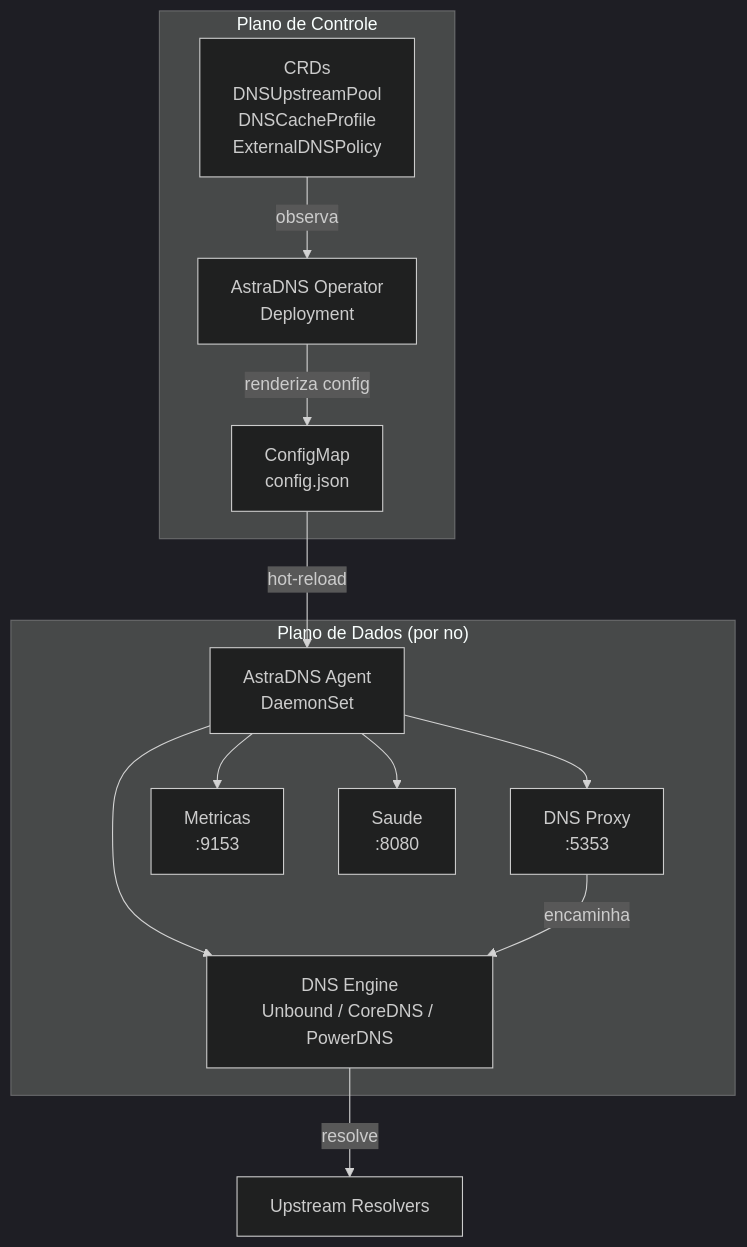
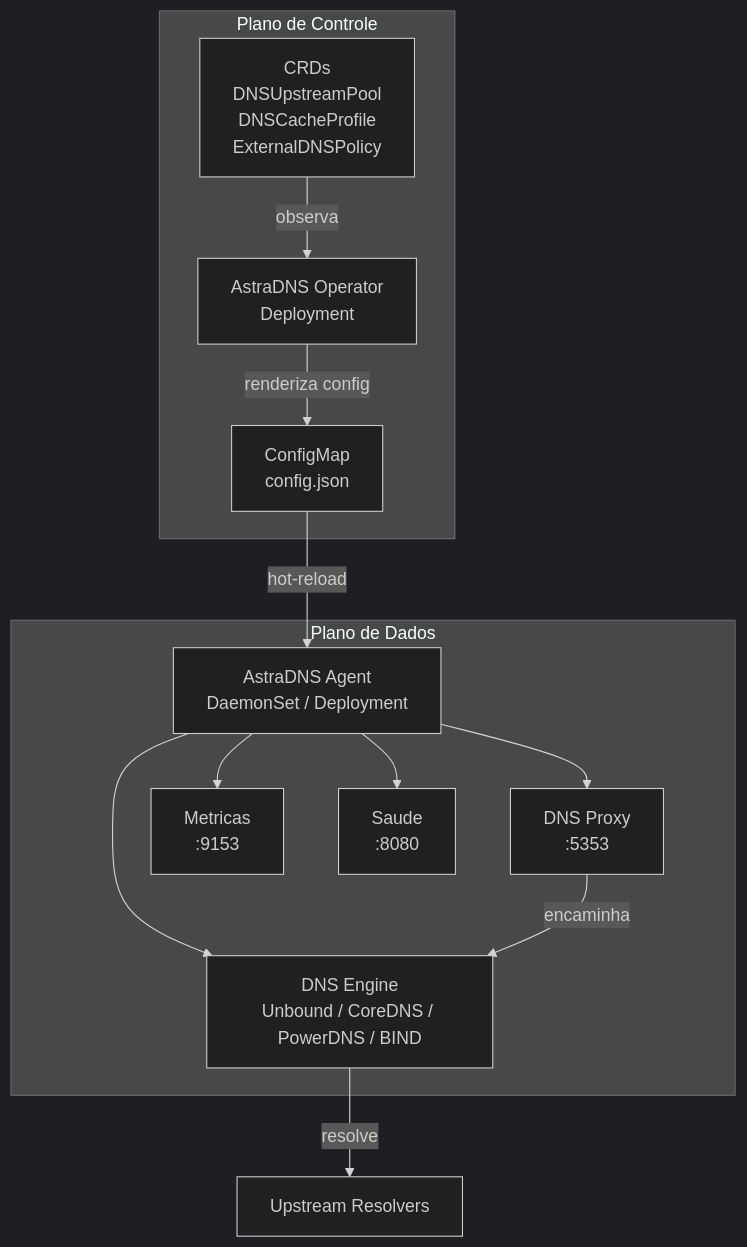
Before and after one commit to astradns/astradns-site: the diagram in docs/pt-BR/architecture/index.md, drawn with Mermaid (dark theme). The commit also changed other lines of this file and 47 other files, not shown here.

Commit message:
docs(site): reconcile topology and runbook docs with chart behavior

````diff
--- a/docs/pt-BR/architecture/index.md
+++ b/docs/pt-BR/architecture/index.md
@@ -17,26 +17,26 @@
 ```mermaid
 graph TB
     subgraph "Plano de Controle"
         CRDs[CRDs<br/>DNSUpstreamPool<br/>DNSCacheProfile<br/>ExternalDNSPolicy]
         Operator[AstraDNS Operator<br/>Deployment]
         CM[ConfigMap<br/>config.json]
     end
 
-    subgraph "Plano de Dados (por no)"
-        Agent[AstraDNS Agent<br/>DaemonSet]
-        Engine[DNS Engine<br/>Unbound / CoreDNS / PowerDNS]
+    subgraph "Plano de Dados"
+        Agent[AstraDNS Agent<br/>DaemonSet / Deployment]
+        Engine[DNS Engine<br/>Unbound / CoreDNS / PowerDNS / BIND]
         Proxy[DNS Proxy<br/>:5353]
         Metrics[Metricas<br/>:9153]
         Health[Saude<br/>:8080]
     end
 
     CRDs -->|observa| Operator
     Operator -->|renderiza config| CM
     CM -->|hot-reload| Agent
     Agent --> Proxy
     Agent --> Engine
     Agent --> Metrics
     Agent --> Health
     Proxy -->|encaminha| Engine
     Engine -->|resolve| Internet[Upstream Resolvers]
 ```
````
